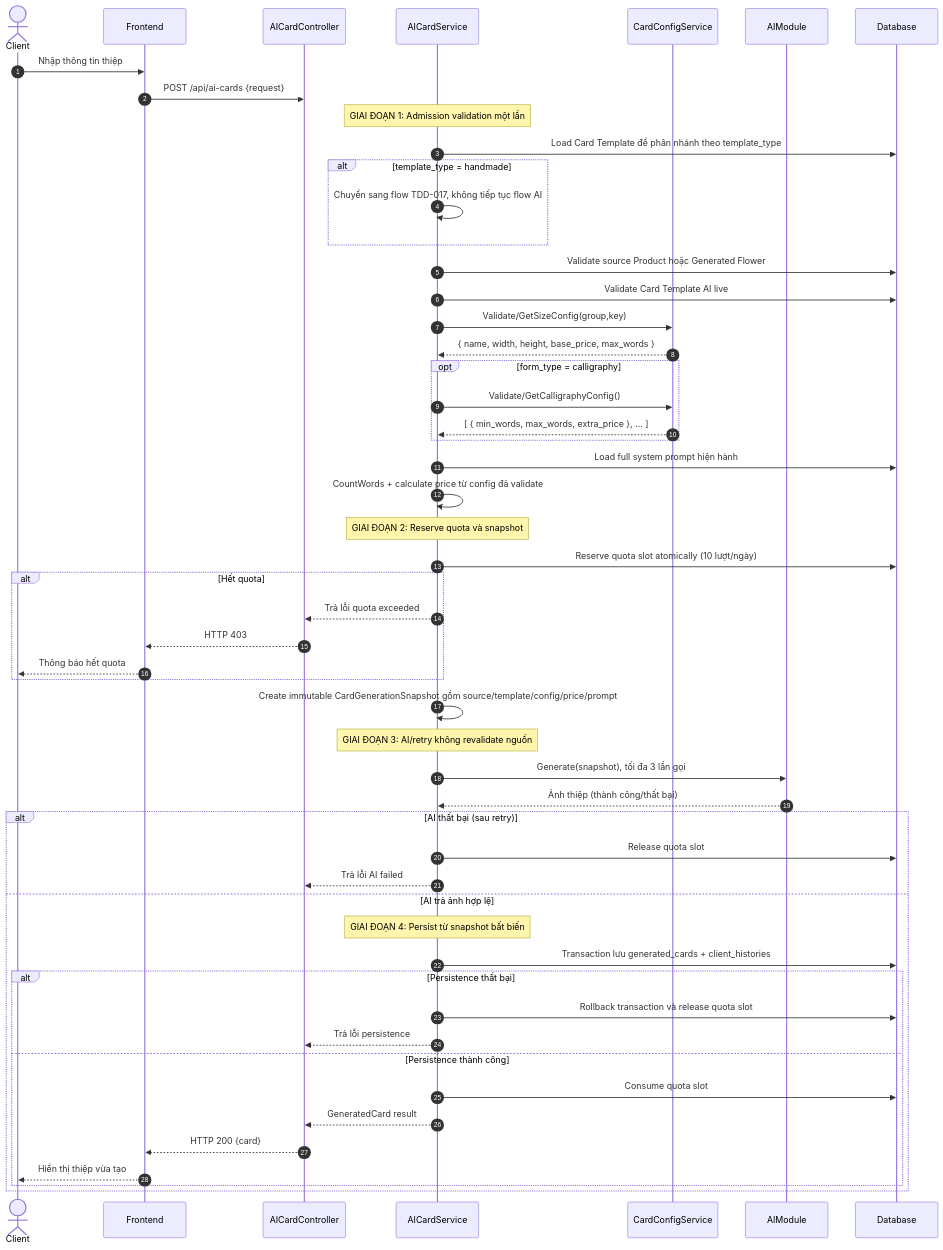
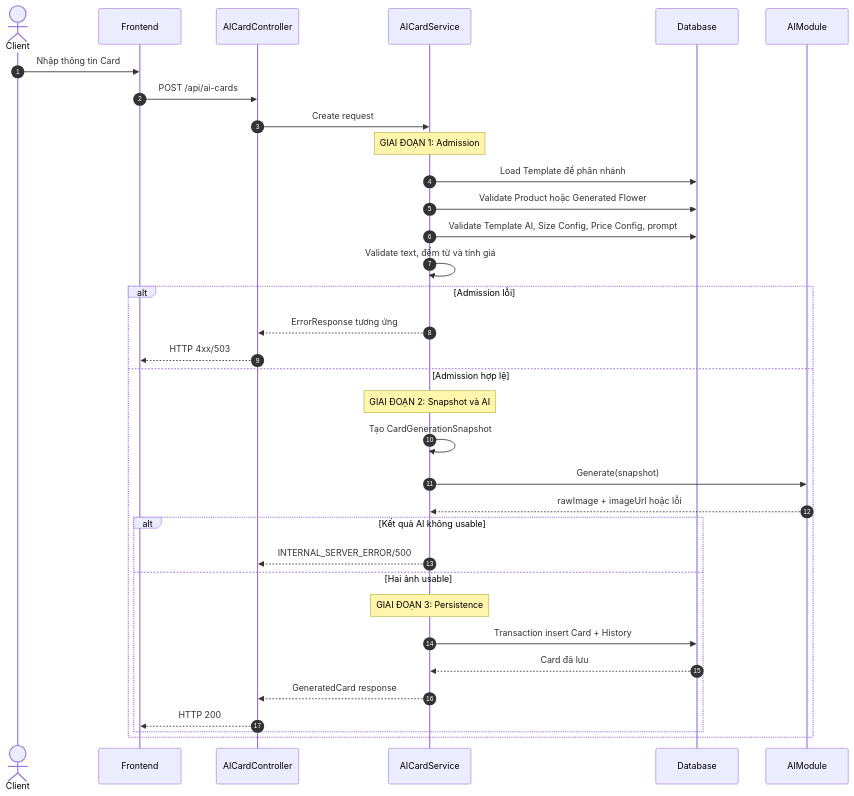
The second of 4 diagrams in hoa-theo-mua-ai-flourist/TDD/TDD-006/TDD-006-tao-thiep-thiet-ke-ai.md (161seconds/document-first-brief), drawn with Mermaid before and after one commit. The commit also changed other lines of this file and 24 other files, not shown here.

````diff
--- a/hoa-theo-mua-ai-flourist/TDD/TDD-006/TDD-006-tao-thiep-thiet-ke-ai.md
+++ b/hoa-theo-mua-ai-flourist/TDD/TDD-006/TDD-006-tao-thiep-thiet-ke-ai.md
@@ -122,60 +96,36 @@
 ```mermaid
 sequenceDiagram
     autonumber
     actor Client
     participant FE as Frontend
     participant C as AICardController
     participant S as AICardService
-    participant Config as CardConfigService
+    participant DB as Database
     participant AI as AIModule
-    participant DB as Database
-
-    Client->>FE: Nhập thông tin thiệp
-    FE->>C: POST /api/ai-cards {request}
-
-    Note over S: GIAI ĐOẠN 1: Admission validation một lần
-    S->>DB: Load Card Template để phân nhánh theo template_type
-    alt template_type = handmade
-        S->>S: Chuyển sang flow TDD-017, không tiếp tục flow AI
-    end
-    S->>DB: Validate source Product hoặc Generated Flower
-    S->>DB: Validate Card Template AI live
-    S->>Config: Validate/GetSizeConfig(group,key)
-    Config-->>S: { name, width, height, base_price, max_words }
-    opt form_type = calligraphy
-        S->>Config: Validate/GetCalligraphyConfig()
-        Config-->>S: [ { min_words, max_words, extra_price }, ... ]
-    end
-    S->>DB: Load full system prompt hiện hành
-    S->>S: CountWords + calculate price từ config đã validate
-
-    Note over S: GIAI ĐOẠN 2: Reserve quota và snapshot
-    S->>DB: Reserve quota slot atomically (10 lượt/ngày)
-    alt Hết quota
-        S-->>C: Trả lỗi quota exceeded
-        C-->>FE: HTTP 403
-        FE-->>Client: Thông báo hết quota
-    end
-    S->>S: Create immutable CardGenerationSnapshot gồm source/template/config/price/prompt
-
-    Note over S: GIAI ĐOẠN 3: AI/retry không revalidate nguồn
-    S->>AI: Generate(snapshot), tối đa 3 lần gọi
-    AI-->>S: Ảnh thiệp (thành công/thất bại)
-
-    alt AI thất bại (sau retry)
-        S->>DB: Release quota slot
-        S-->>C: Trả lỗi AI failed
-    else AI trả ảnh hợp lệ
-        Note over S: GIAI ĐOẠN 4: Persist từ snapshot bất biến
-        S->>DB: Transaction lưu generated_cards + client_histories
-        alt Persistence thất bại
-            S->>DB: Rollback transaction và release quota slot
-            S-->>C: Trả lỗi persistence
-        else Persistence thành công
-            S->>DB: Consume quota slot
-            S-->>C: GeneratedCard result
-            C-->>FE: HTTP 200 {card}
-            FE-->>Client: Hiển thị thiệp vừa tạo
+    Client->>FE: Nhập thông tin Card
+    FE->>C: POST /api/ai-cards
+    C->>S: Create request
+    Note over S: GIAI ĐOẠN 1: Admission
+    S->>DB: Load Template để phân nhánh
+    S->>DB: Validate Product hoặc Generated Flower
+    S->>DB: Validate Template AI, Size Config, Price Config, prompt
+    S->>S: Validate text, đếm từ và tính giá
+    alt Admission lỗi
+        S-->>C: ErrorResponse tương ứng
+        C-->>FE: HTTP 4xx/503
+    else Admission hợp lệ
+        Note over S: GIAI ĐOẠN 2: Snapshot và AI
+        S->>S: Tạo CardGenerationSnapshot
+        S->>AI: Generate(snapshot)
+        AI-->>S: rawImage + imageUrl hoặc lỗi
+        alt Kết quả AI không usable
+            S-->>C: INTERNAL_SERVER_ERROR/500
+        else Hai ảnh usable
+            Note over S: GIAI ĐOẠN 3: Persistence
+            S->>DB: Transaction insert Card + History
+            DB-->>S: Card đã lưu
+            S-->>C: GeneratedCard response
+            C-->>FE: HTTP 200
         end
     end
 ```
````
